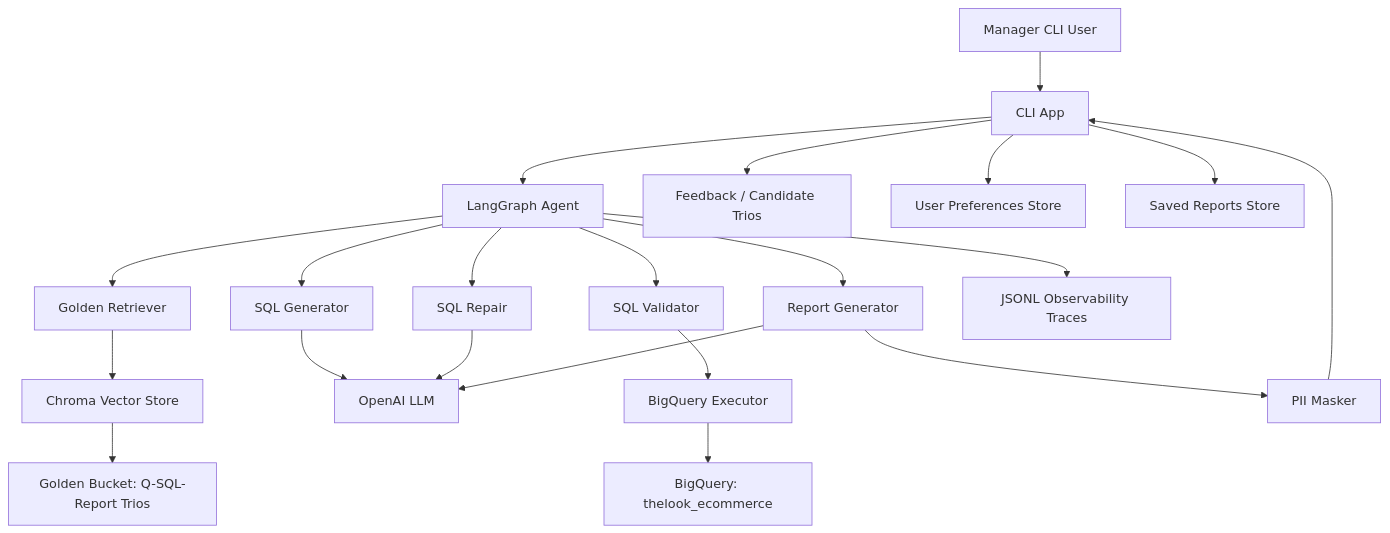
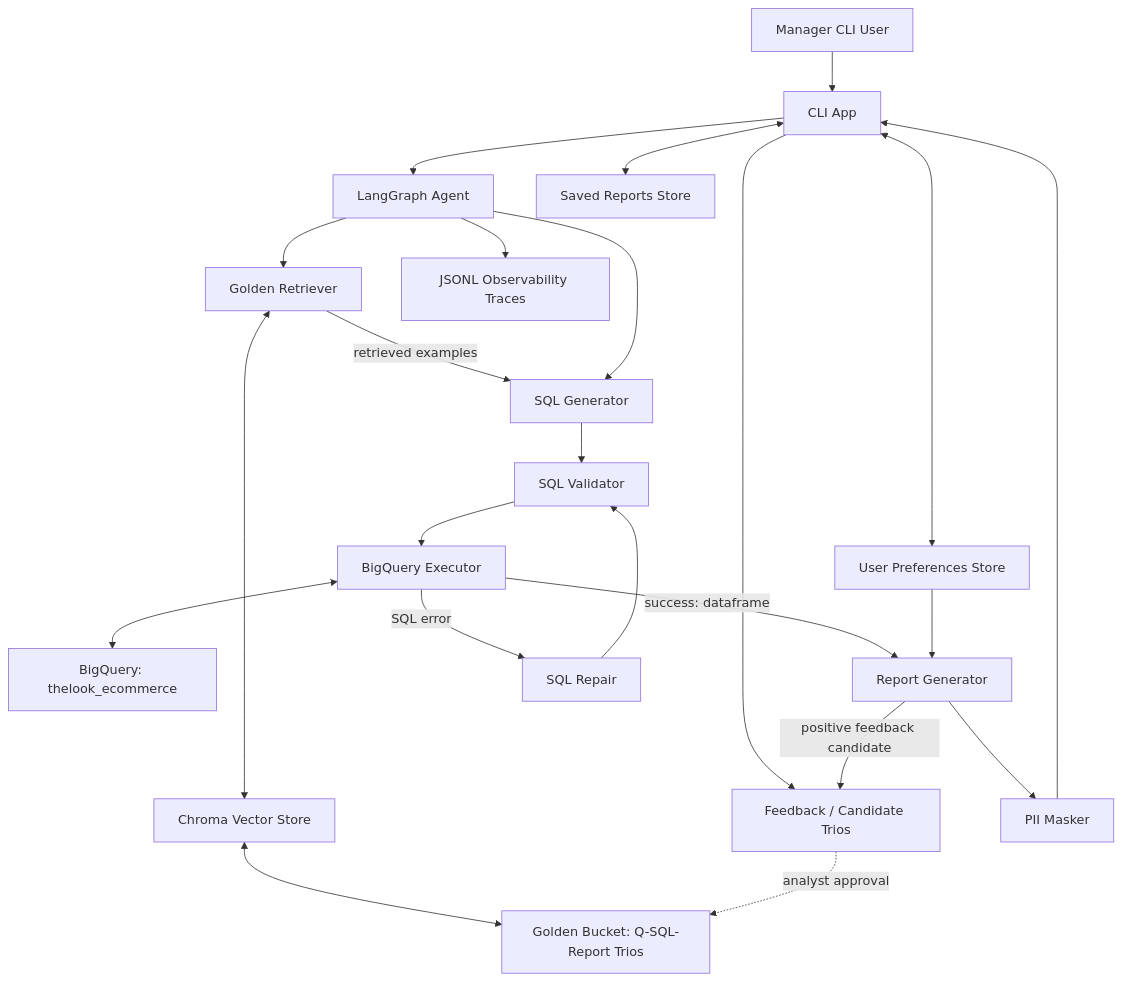
The diagram in HLD.md (affogato15/data_analysis_agent), drawn with Mermaid before and after one commit. The commit also changed other lines of this file, not shown here.

Commit message:
schema chart update

````diff
--- a/HLD.md
+++ b/HLD.md
@@ -21,32 +26,37 @@
 ```mermaid
 flowchart TD
 
 User[Manager CLI User] --> CLI[CLI App]
-
 CLI --> Graph[LangGraph Agent]
 
+CLI <--> Preferences[User Preferences Store]
+CLI <--> SavedReports[Saved Reports Store]
+CLI --> Feedback[Feedback / Candidate Trios]
+
 Graph --> Retriever[Golden Retriever]
-Retriever --> Chroma[Chroma Vector Store]
-Chroma --> GoldenBucket[Golden Bucket: Q-SQL-Report Trios]
+Retriever <--> Chroma[Chroma Vector Store]
+Chroma <--> GoldenBucket[Golden Bucket: Q-SQL-Report Trios]
 
-Graph --> SQLGen[SQL Generator]
-SQLGen --> LLM[OpenAI LLM]
+Retriever -->|retrieved examples| SQLGen[SQL Generator]
 
-Graph --> Validator[SQL Validator]
+Graph --> SQLGen
+SQLGen --> Validator[SQL Validator]
+
 Validator --> Executor[BigQuery Executor]
-Executor --> BQ[BigQuery: thelook_ecommerce]
+Executor <--> BQ[BigQuery: thelook_ecommerce]
 
-Graph --> Repair[SQL Repair]
-Repair --> LLM
+Executor -->|success: dataframe| ReportGen[Report Generator]
+Executor -->|SQL error| Repair[SQL Repair]
 
-Graph --> ReportGen[Report Generator]
-ReportGen --> LLM
+Repair --> Validator
+
+Preferences --> ReportGen
 
 ReportGen --> PIIMasker[PII Masker]
 PIIMasker --> CLI
 
+ReportGen -->|positive feedback candidate| Feedback
+Feedback -. analyst approval .-> GoldenBucket
+
 Graph --> Trace[JSONL Observability Traces]
-CLI --> Feedback[Feedback / Candidate Trios]
-CLI --> Preferences[User Preferences Store]
-CLI --> SavedReports[Saved Reports Store]
 ```
````
